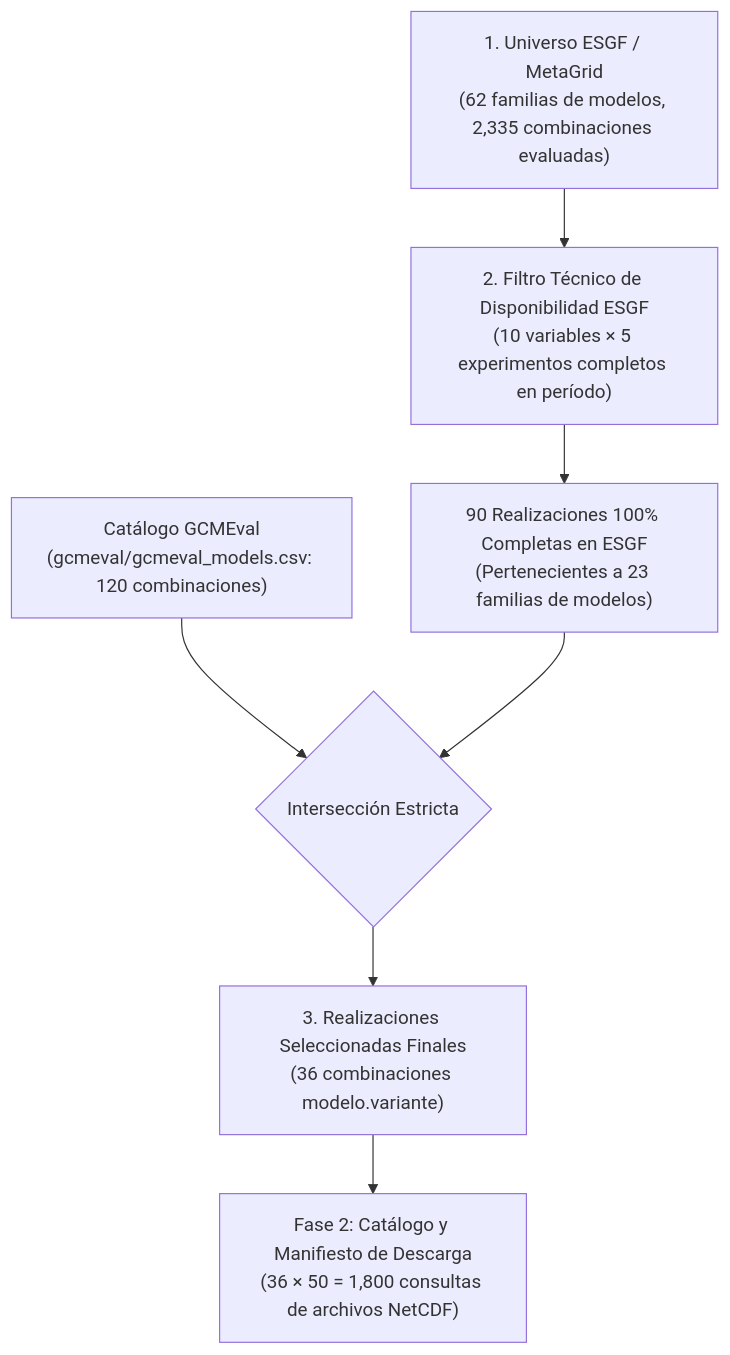
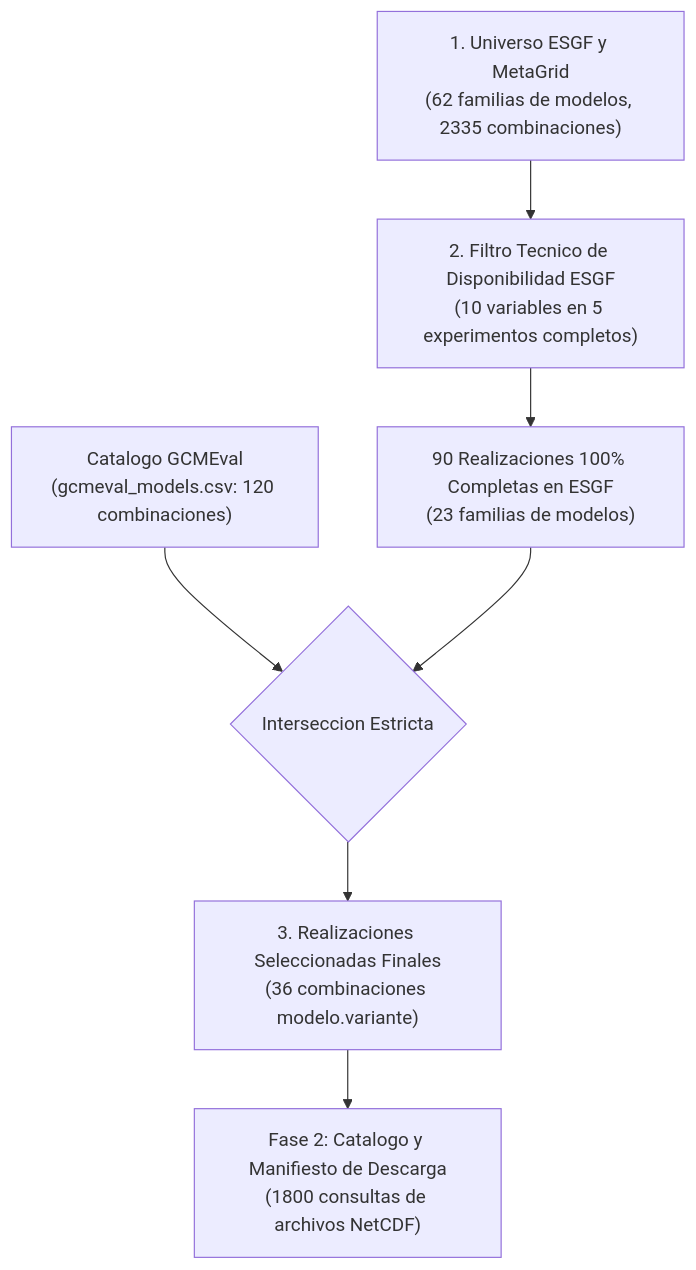
One commit to wabarca/cmpi6-deepsd-gcmeval-availability changed the first of 2 diagrams in README.md. Above: the diagram before and after it, drawn with Mermaid. The commit also changed other lines of this file, not shown here.

Commit message:
fix(docs): corregir sintaxis de diagramas mermaid para compatibilidad con github markdown renderer

````diff
--- a/README.md
+++ b/README.md
@@ -132,11 +132,11 @@
 ```mermaid
 flowchart TD
-    A["1. Universo ESGF / MetaGrid<br/>(62 familias de modelos, 2,335 combinaciones evaluadas)"] --> B["2. Filtro Técnico de Disponibilidad ESGF<br/>(10 variables × 5 experimentos completos en período)"]
-    B --> C["90 Realizaciones 100% Completas en ESGF<br/>(Pertenecientes a 23 familias de modelos)"]
+    A["1. Universo ESGF y MetaGrid<br>(62 familias de modelos, 2335 combinaciones)"] --> B["2. Filtro Tecnico de Disponibilidad ESGF<br>(10 variables en 5 experimentos completos)"]
+    B --> C["90 Realizaciones 100% Completas en ESGF<br>(23 familias de modelos)"]
     
-    D["Catálogo GCMEval<br/>(gcmeval/gcmeval_models.csv: 120 combinaciones)"] --> E{"Intersección Estricta"}
+    D["Catalogo GCMEval<br>(gcmeval_models.csv: 120 combinaciones)"] --> E{"Interseccion Estricta"}
     C --> E
     
-    E --> F["3. Realizaciones Seleccionadas Finales<br/>(36 combinaciones modelo.variante)"]
-    F --> G["Fase 2: Catálogo y Manifiesto de Descarga<br/>(36 × 50 = 1,800 consultas de archivos NetCDF)"]
+    E --> F["3. Realizaciones Seleccionadas Finales<br>(36 combinaciones modelo.variante)"]
+    F --> G["Fase 2: Catalogo y Manifiesto de Descarga<br>(1800 consultas de archivos NetCDF)"]
 ```
````
